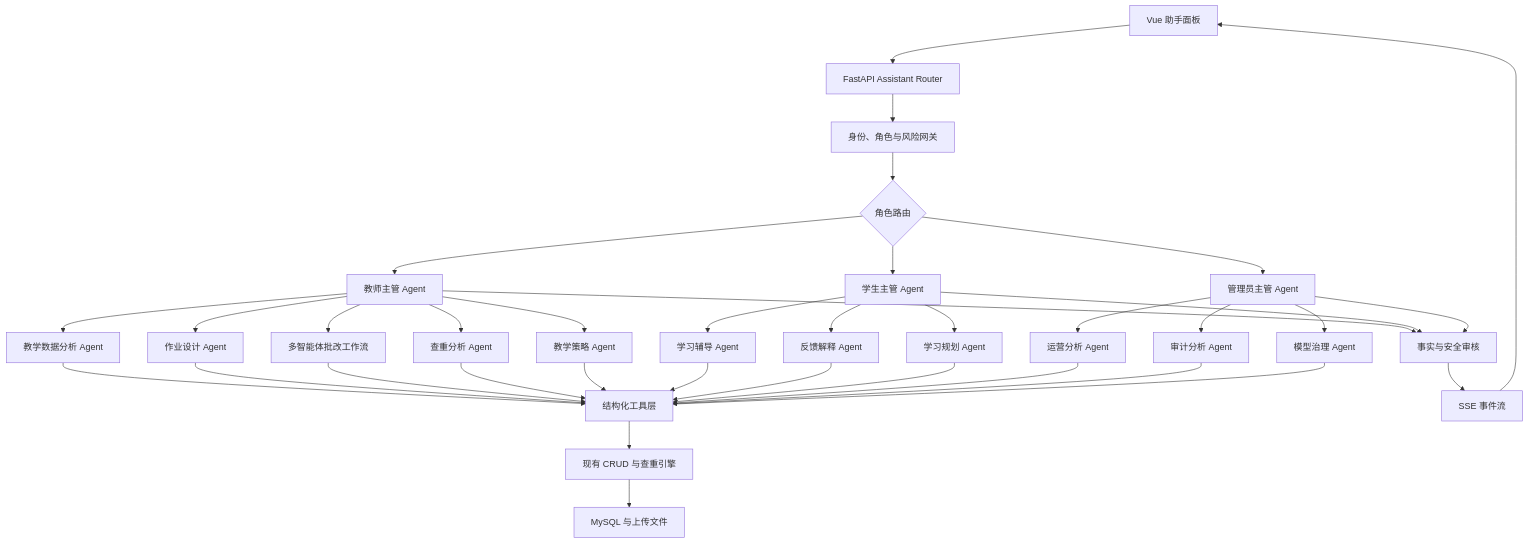
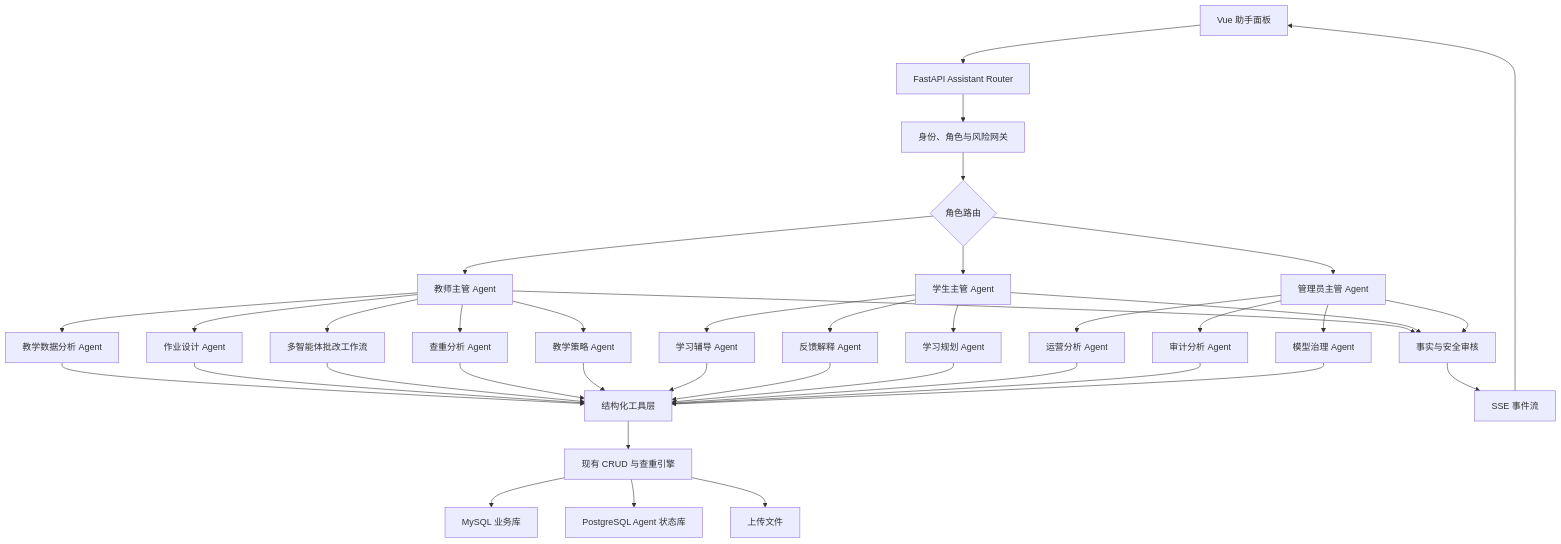
Before and after one commit to wenliu3/ai-smart-homework-review: the first of 4 diagrams in docs/superpowers/specs/2026-07-24-multi-agent-platform-design.md, drawn with Mermaid. The commit also changed other lines of this file and 7 other files, not shown here.

````diff
--- a/docs/superpowers/specs/2026-07-24-multi-agent-platform-design.md
+++ b/docs/superpowers/specs/2026-07-24-multi-agent-platform-design.md
@@ -100,45 +101,47 @@
 ```mermaid
 flowchart TD
     UI["Vue 助手面板"] --> API["FastAPI Assistant Router"]
     API --> GW["身份、角色与风险网关"]
     GW --> RR{"角色路由"}
 
     RR --> TS["教师主管 Agent"]
     RR --> SS["学生主管 Agent"]
     RR --> AS["管理员主管 Agent"]
 
     TS --> TD["教学数据分析 Agent"]
     TS --> AD["作业设计 Agent"]
     TS --> GR["多智能体批改工作流"]
     TS --> PA["查重分析 Agent"]
     TS --> ST["教学策略 Agent"]
 
     SS --> LC["学习辅导 Agent"]
     SS --> FE["反馈解释 Agent"]
     SS --> LP["学习规划 Agent"]
 
     AS --> OA["运营分析 Agent"]
     AS --> AA["审计分析 Agent"]
     AS --> MG["模型治理 Agent"]
 
     TD --> TOOL["结构化工具层"]
     AD --> TOOL
     GR --> TOOL
     PA --> TOOL
     ST --> TOOL
     LC --> TOOL
     FE --> TOOL
     LP --> TOOL
     OA --> TOOL
     AA --> TOOL
     MG --> TOOL
 
     TOOL --> CRUD["现有 CRUD 与查重引擎"]
-    CRUD --> DB["MySQL 与上传文件"]
+    CRUD --> MYSQL["MySQL 业务库"]
+    CRUD --> PG["PostgreSQL Agent 状态库"]
+    CRUD --> FILES["上传文件"]
 
     TS --> REVIEW["事实与安全审核"]
     SS --> REVIEW
     AS --> REVIEW
     REVIEW --> STREAM["SSE 事件流"]
     STREAM --> UI
 ```
````
